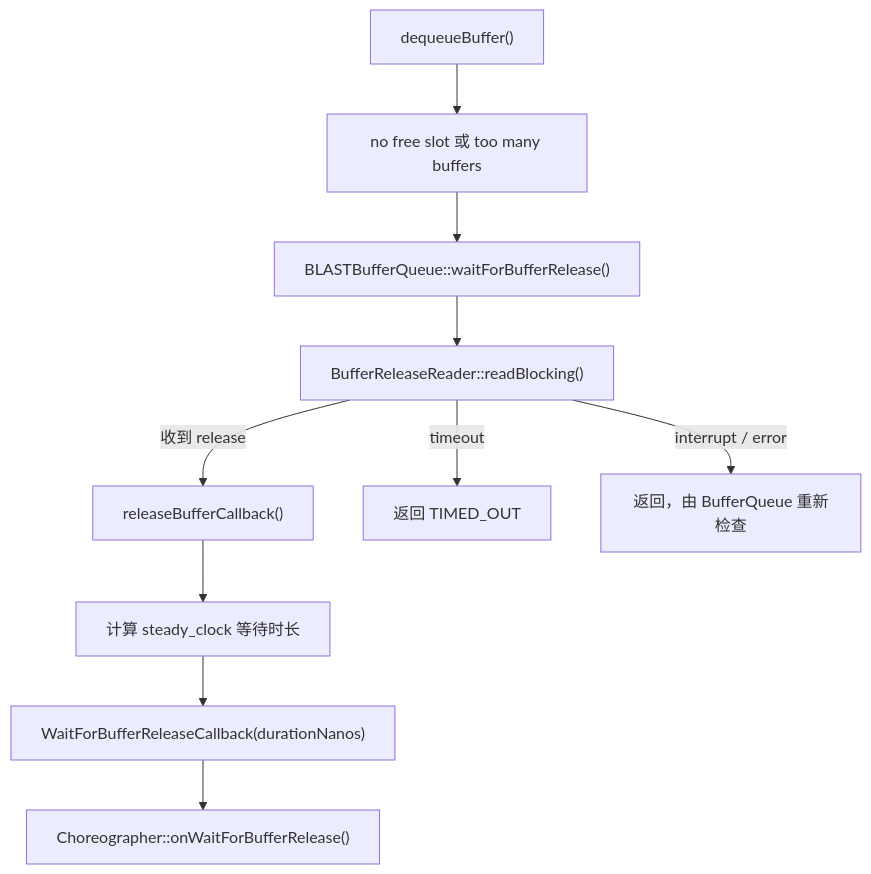
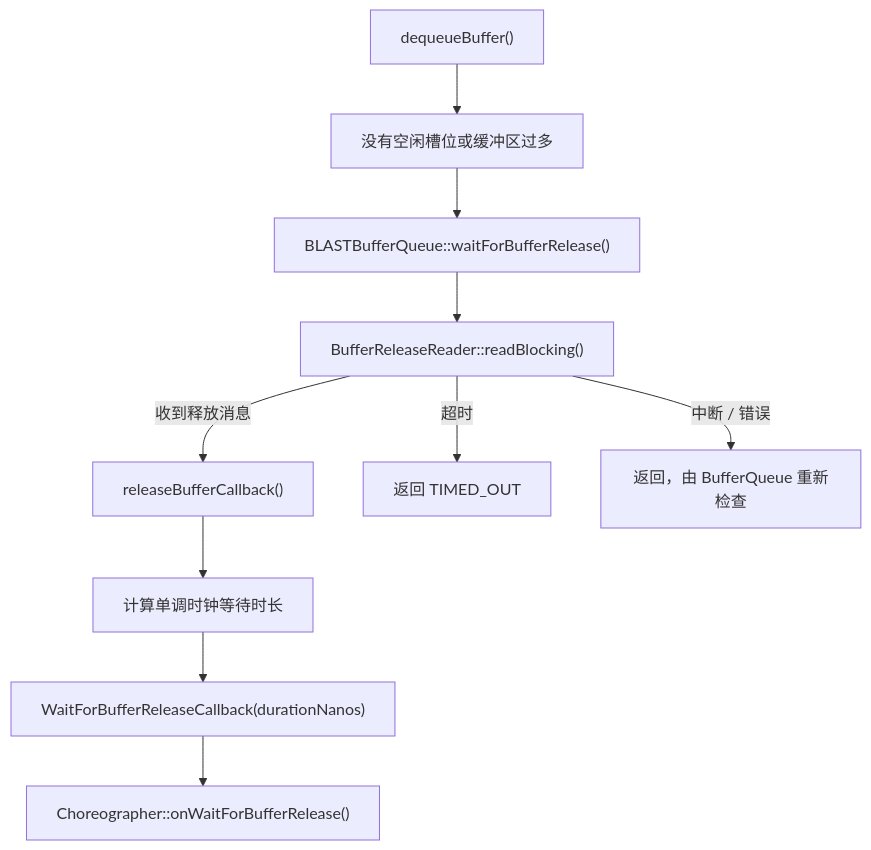
Before and after one commit to Gracker/android-internals-wiki: the second of 2 diagrams in src/part1-fundamentals/ch02-rendering/25-choreographer-buffer-stuffing-recovery.md, drawn with Mermaid. The commit also changed other lines of this file and 4 other files, not shown here.

````diff
--- a/src/part1-fundamentals/ch02-rendering/25-choreographer-buffer-stuffing-recovery.md
+++ b/src/part1-fundamentals/ch02-rendering/25-choreographer-buffer-stuffing-recovery.md
@@ -98,16 +98,16 @@
 ```mermaid
 flowchart TD
     DQ["dequeueBuffer()"]
-    CHECK["no free slot 或 too many buffers"]
+    CHECK["没有空闲槽位或缓冲区过多"]
     WAIT["BLASTBufferQueue::waitForBufferRelease()"]
     READ["BufferReleaseReader::readBlocking()"]
     RELEASE["releaseBufferCallback()"]
-    DURATION["计算 steady_clock 等待时长"]
+    DURATION["计算单调时钟等待时长"]
     CALLBACK["WaitForBufferReleaseCallback(durationNanos)"]
     CH["Choreographer::onWaitForBufferRelease()"]
 
     DQ --> CHECK --> WAIT --> READ
-    READ -->|"收到 release"| RELEASE --> DURATION --> CALLBACK --> CH
-    READ -->|"timeout"| TIMEOUT["返回 TIMED_OUT"]
-    READ -->|"interrupt / error"| RETRY["返回，由 BufferQueue 重新检查"]
+    READ -->|"收到释放消息"| RELEASE --> DURATION --> CALLBACK --> CH
+    READ -->|"超时"| TIMEOUT["返回 TIMED_OUT"]
+    READ -->|"中断 / 错误"| RETRY["返回，由 BufferQueue 重新检查"]
 ```
````
